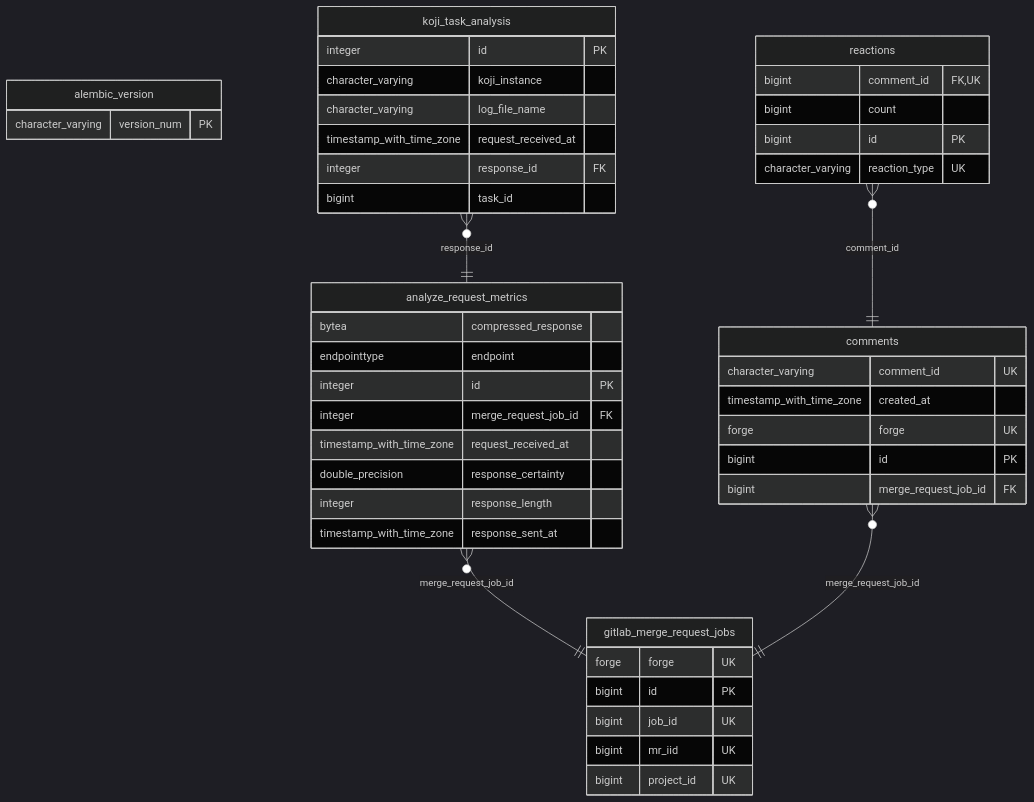
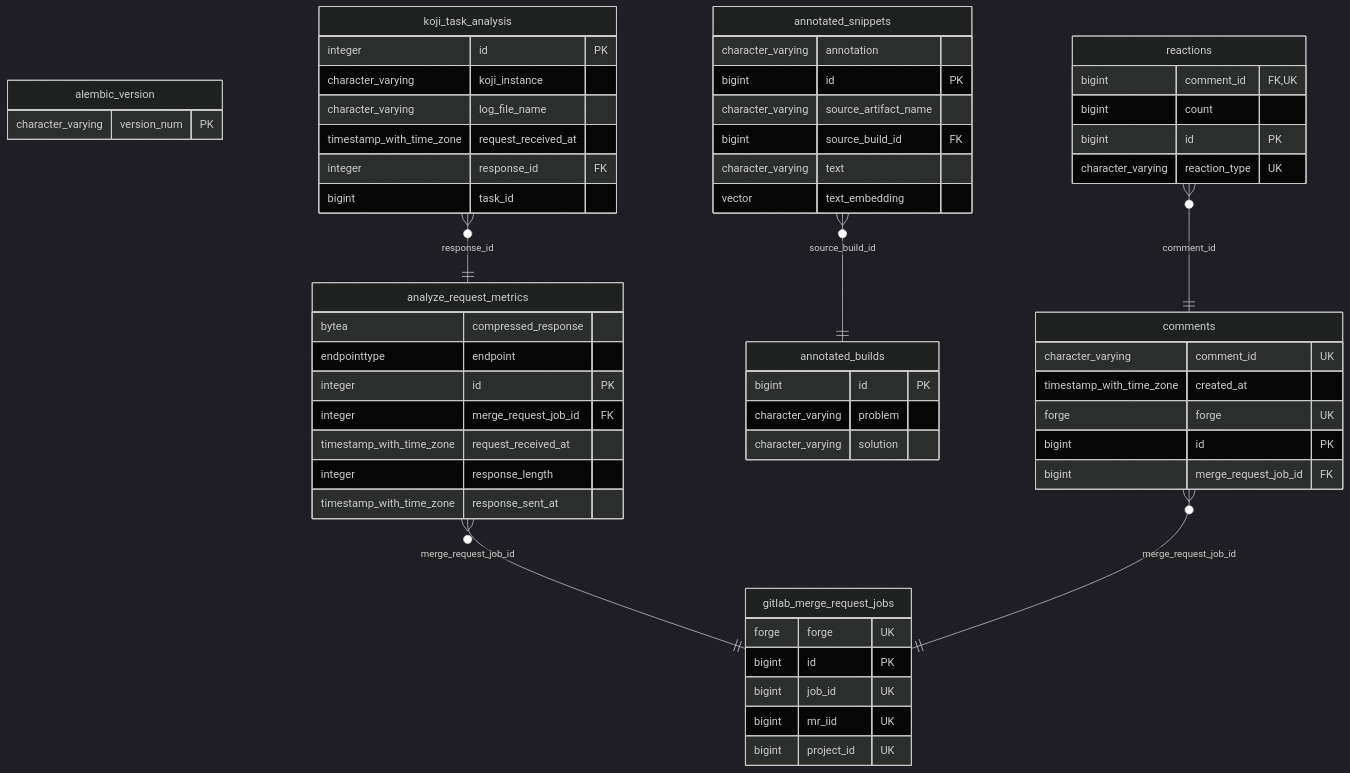
One commit to fedora-copr/logdetective changed the diagram in alembic/er_diagram.md. Above: the diagram before and after it, drawn with Mermaid (dark theme). The commit also changed 1 other file, not shown here.

Commit message:
Update alembic diagrams

````diff
--- a/alembic/er_diagram.md
+++ b/alembic/er_diagram.md
@@ -2,54 +2,69 @@
 ```mermaid
 erDiagram
     alembic_version {
         character_varying version_num PK
     }
 
     analyze_request_metrics {
         bytea compressed_response
         endpointtype endpoint
         integer id PK
         integer merge_request_job_id FK
         timestamp_with_time_zone request_received_at
-        double_precision response_certainty
         integer response_length
         timestamp_with_time_zone response_sent_at
+    }
+
+    annotated_builds {
+        bigint id PK
+        character_varying problem
+        character_varying solution
+    }
+
+    annotated_snippets {
+        character_varying annotation
+        bigint id PK
+        character_varying source_artifact_name
+        bigint source_build_id FK
+        character_varying text
+        vector text_embedding
     }
 
     comments {
         character_varying comment_id UK
         timestamp_with_time_zone created_at
         forge forge UK
         bigint id PK
         bigint merge_request_job_id FK
     }
 
     gitlab_merge_request_jobs {
         forge forge UK
         bigint id PK
         bigint job_id UK
         bigint mr_iid UK
         bigint project_id UK
     }
 
     koji_task_analysis {
         integer id PK
         character_varying koji_instance
         character_varying log_file_name
         timestamp_with_time_zone request_received_at
         integer response_id FK
         bigint task_id
     }
 
     reactions {
         bigint comment_id FK,UK
         bigint count
         bigint id PK
         character_varying reaction_type UK
     }
 
     analyze_request_metrics }o--|| gitlab_merge_request_jobs : "merge_request_job_id"
     koji_task_analysis }o--|| analyze_request_metrics : "response_id"
+    annotated_snippets }o--|| annotated_builds : "source_build_id"
     comments }o--|| gitlab_merge_request_jobs : "merge_request_job_id"
     reactions }o--|| comments : "comment_id"
 ```
````
